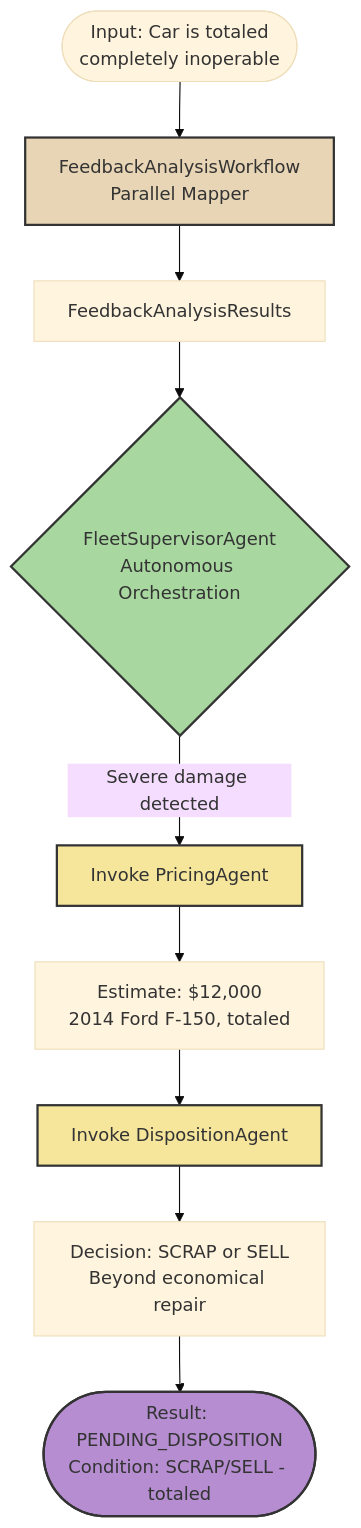
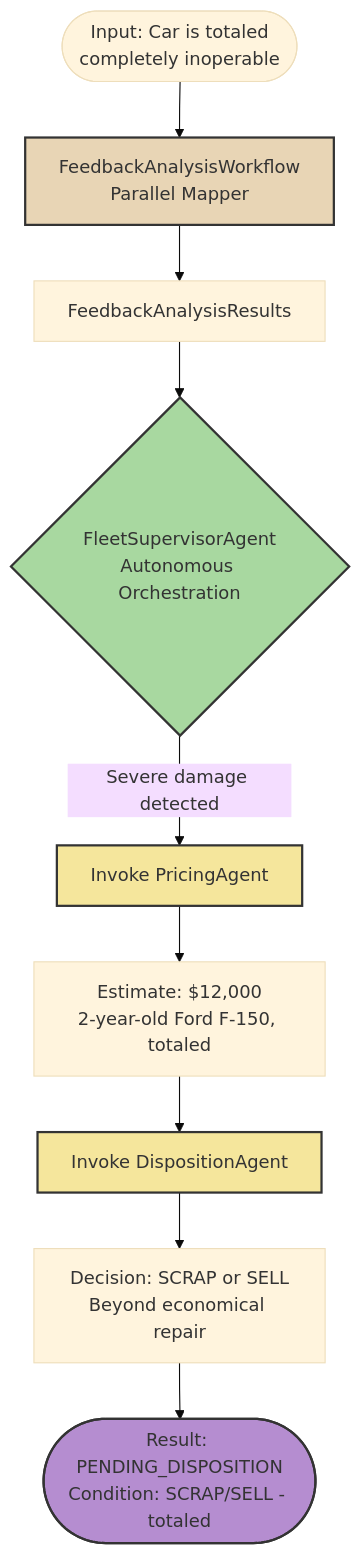
Before and after one commit to quarkusio/quarkus-workshop-langchain4j: the third of 5 diagrams in docs/docs/section-2/step-04.md, drawn with Mermaid (base theme). The commit also changed other lines of this file and 3 other files, not shown here.

````diff
--- a/docs/docs/section-2/step-04.md
+++ b/docs/docs/section-2/step-04.md
@@ -496,20 +496,20 @@
 ```mermaid
 flowchart TD
     Start(["Input: Car is totaled<br/>completely inoperable"])
 
     Start --> FW["FeedbackAnalysisWorkflow<br/>Parallel Mapper"]
     FW --> Results["FeedbackAnalysisResults"]
     Results --> FSA{"FleetSupervisorAgent<br/>Autonomous Orchestration"}
 
     FSA -->|"Severe damage detected"| PA["Invoke PricingAgent"]
-    PA --> PV["Estimate: $12,000<br/>2014 Ford F-150, totaled"]
+    PA --> PV["Estimate: $12,000<br/>2-year-old Ford F-150, totaled"]
     PV --> DA["Invoke DispositionAgent"]
     DA --> DD["Decision: SCRAP or SELL<br/>Beyond economical repair"]
     DD --> Result(["Result: PENDING_DISPOSITION<br/>Condition: SCRAP/SELL - totaled"])
 
     style FW fill:#e8d5b5,stroke:#333,stroke-width:2,color:#333
     style FSA fill:#a8d8a0,stroke:#333,stroke-width:2,color:#333
     style PA fill:#f5e69c,stroke:#333,stroke-width:2,color:#333
     style DA fill:#f5e69c,stroke:#333,stroke-width:2,color:#333
     style Result fill:#b58dd0,stroke:#333,stroke-width:2,color:#333
 ```
````
